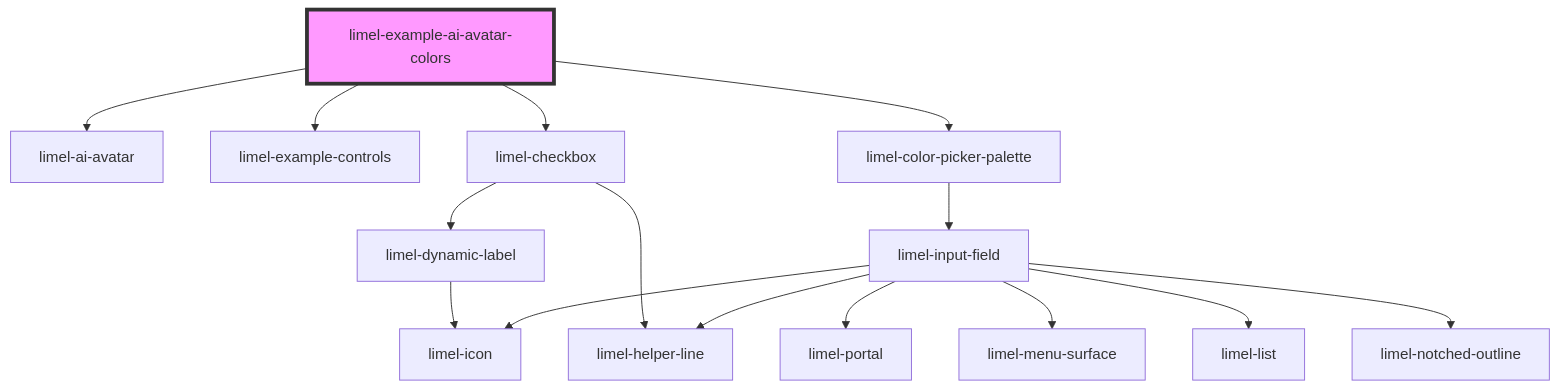
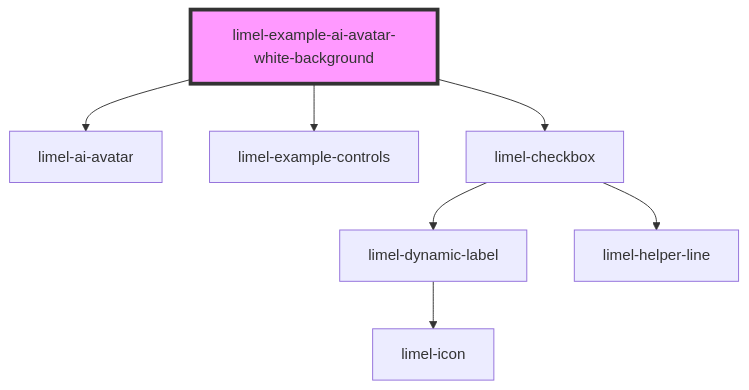
The diagram in versions/PR-3708/markdown-docs/components/ai-avatar/examples/readme.md (Lundalogik/lime-elements), drawn with Mermaid before and after one commit. The commit also changed other lines of this file and 569 other files, not shown here.

````diff
--- a/versions/PR-3708/markdown-docs/components/ai-avatar/examples/readme.md
+++ b/versions/PR-3708/markdown-docs/components/ai-avatar/examples/readme.md
@@ -23,18 +35,10 @@
 ```mermaid
 graph TD;
-  limel-example-ai-avatar-colors --> limel-ai-avatar
-  limel-example-ai-avatar-colors --> limel-example-controls
-  limel-example-ai-avatar-colors --> limel-checkbox
-  limel-example-ai-avatar-colors --> limel-color-picker-palette
+  limel-example-ai-avatar-white-background --> limel-ai-avatar
+  limel-example-ai-avatar-white-background --> limel-example-controls
+  limel-example-ai-avatar-white-background --> limel-checkbox
   limel-checkbox --> limel-dynamic-label
   limel-checkbox --> limel-helper-line
   limel-dynamic-label --> limel-icon
-  limel-color-picker-palette --> limel-input-field
-  limel-input-field --> limel-helper-line
-  limel-input-field --> limel-icon
-  limel-input-field --> limel-portal
-  limel-input-field --> limel-menu-surface
-  limel-input-field --> limel-list
-  limel-input-field --> limel-notched-outline
-  style limel-example-ai-avatar-colors fill:#f9f,stroke:#333,stroke-width:4px
+  style limel-example-ai-avatar-white-background fill:#f9f,stroke:#333,stroke-width:4px
 ```
````
